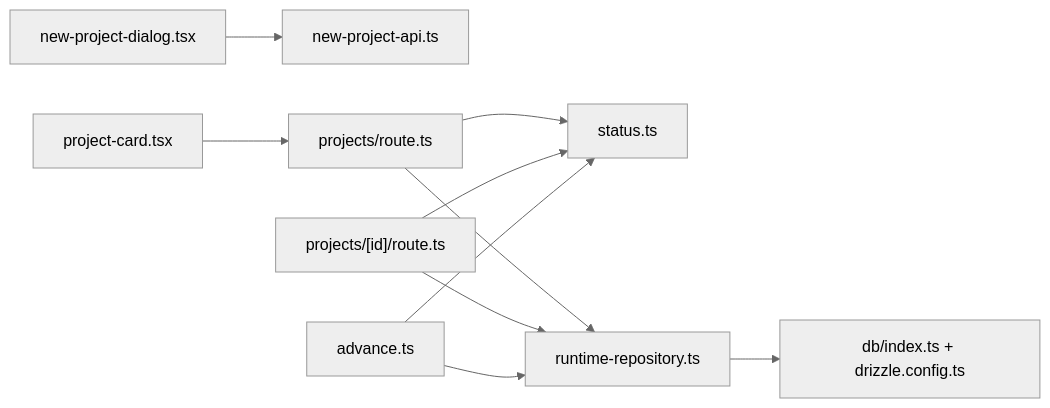
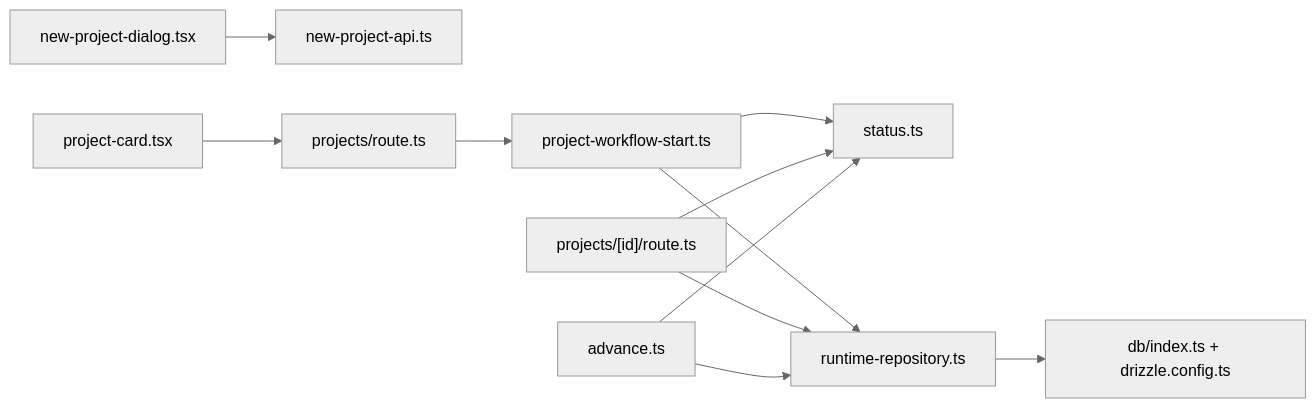
One commit to scottcwy/PurpleInk changed the eighth of 8 diagrams in .qoder/repowiki/zh/content/项目管理/项目生命周期管理.md. Above: the diagram before and after it, drawn with Mermaid (neutral theme). The commit also changed other lines of this file and 29 other files, not shown here.

````diff
--- a/.qoder/repowiki/zh/content/项目管理/项目生命周期管理.md
+++ b/.qoder/repowiki/zh/content/项目管理/项目生命周期管理.md
@@ -315,12 +373,13 @@
 ```mermaid
 graph LR
 NewDialog["new-project-dialog.tsx"] --> NewAPI["new-project-api.ts"]
 ProjectCard["project-card.tsx"] --> ProjectsAPI["projects/route.ts"]
-ProjectsAPI --> Status["status.ts"]
-ProjectsAPI --> RuntimeRepo["runtime-repository.ts"]
+ProjectsAPI --> WorkflowStart["project-workflow-start.ts"]
+WorkflowStart --> Status["status.ts"]
+WorkflowStart --> RuntimeRepo["runtime-repository.ts"]
 UpdateAPI["projects/[id]/route.ts"] --> Status
 UpdateAPI --> RuntimeRepo
 Advance["advance.ts"] --> RuntimeRepo
 Advance --> Status
 RuntimeRepo --> DB["db/index.ts + drizzle.config.ts"]
 ```
````
